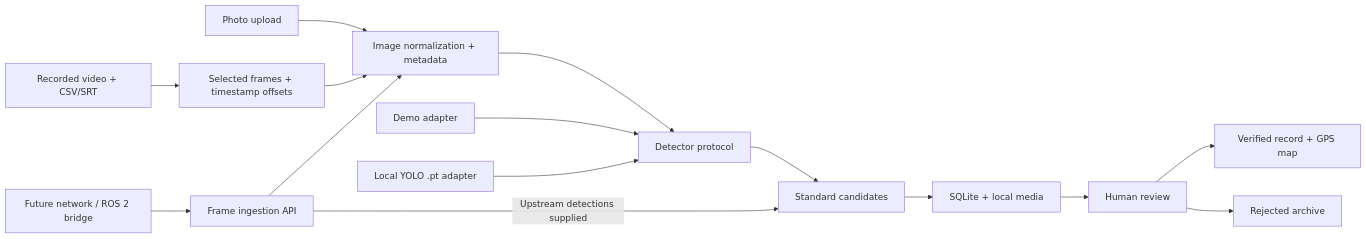
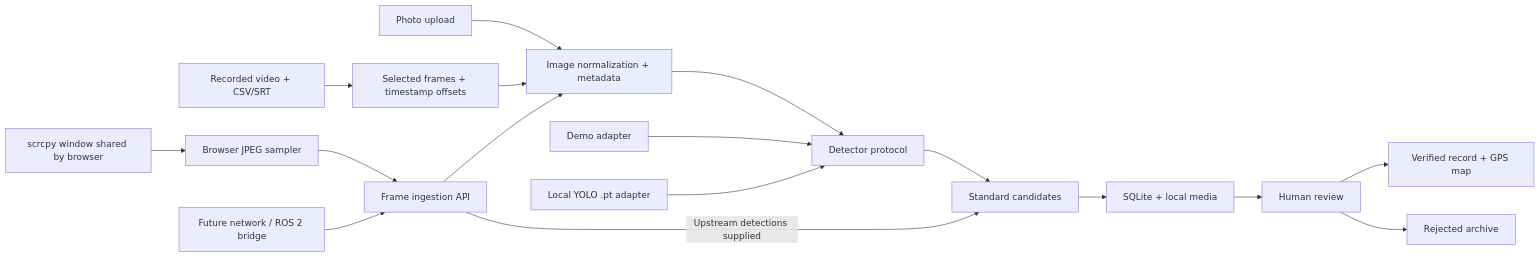
The diagram in dashboard/docs/ARCHITECTURE.md (DuckboiNinja/BoxTurtles), drawn with Mermaid before and after one commit. The commit also changed other lines of this file and 29 other files, not shown here.

````diff
--- a/dashboard/docs/ARCHITECTURE.md
+++ b/dashboard/docs/ARCHITECTURE.md
@@ -3,17 +3,19 @@
 ```mermaid
 flowchart LR
   Photos[Photo upload] --> Normalize[Image normalization + metadata]
   Video[Recorded video + CSV/SRT] --> Frames[Selected frames + timestamp offsets]
   Frames --> Normalize
+  Scrcpy[scrcpy window shared by browser] --> Sampler[Browser JPEG sampler]
+  Sampler --> Ingest
   Future[Future network / ROS 2 bridge] --> Ingest[Frame ingestion API]
   Ingest --> Normalize
   Normalize --> Engine[Detector protocol]
   Demo[Demo adapter] --> Engine
   YOLO[Local YOLO .pt adapter] --> Engine
   Engine --> Candidates[Standard candidates]
   Ingest -->|Upstream detections supplied| Candidates
   Candidates --> Storage[SQLite + local media]
   Storage --> Review[Human review]
   Review --> Verified[Verified record + GPS map]
   Review --> Archive[Rejected archive]
 ```
````
